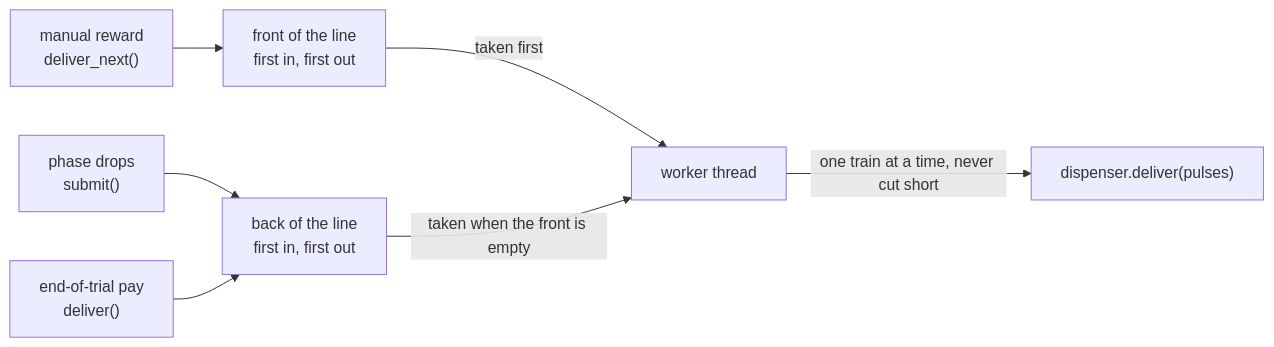
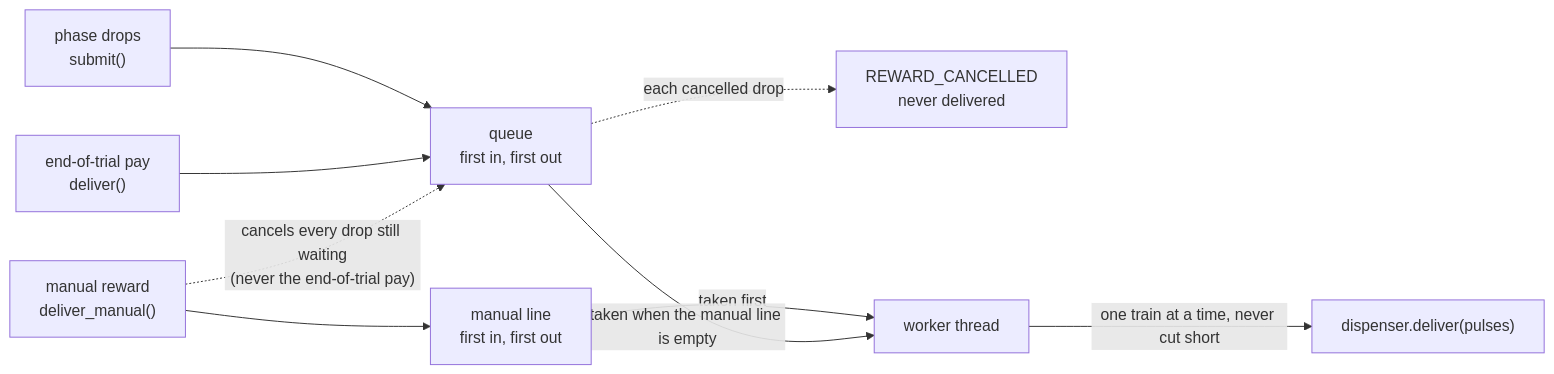
One commit to sh4r11f/alhazen changed the seventh of 11 diagrams in docs/architecture.md. Above: the diagram before and after it, drawn with Mermaid. The commit also changed other lines of this file and 9 other files, not shown here.

````diff
--- a/docs/architecture.md
+++ b/docs/architecture.md
@@ -763,9 +765,11 @@
 ```mermaid
 graph LR
-    MAN["manual reward<br/>deliver_next()"] --> FRONT["front of the line<br/>first in, first out"]
-    DROPS["phase drops<br/>submit()"] --> BACK["back of the line<br/>first in, first out"]
-    PAY["end-of-trial pay<br/>deliver()"] --> BACK
-    FRONT -->|"taken first"| W["worker thread"]
-    BACK -->|"taken when the front is empty"| W
+    DROPS["phase drops<br/>submit()"] --> Q["queue<br/>first in, first out"]
+    PAY["end-of-trial pay<br/>deliver()"] --> Q
+    MAN["manual reward<br/>deliver_manual()"] --> ML["manual line<br/>first in, first out"]
+    MAN -.->|"cancels every drop still waiting<br/>(never the end-of-trial pay)"| Q
+    Q -.->|"each cancelled drop"| RC["REWARD_CANCELLED<br/>never delivered"]
+    ML -->|"taken first"| W["worker thread"]
+    Q -->|"taken when the manual line is empty"| W
     W -->|"one train at a time, never cut short"| V["dispenser.deliver(pulses)"]
 ```
````
